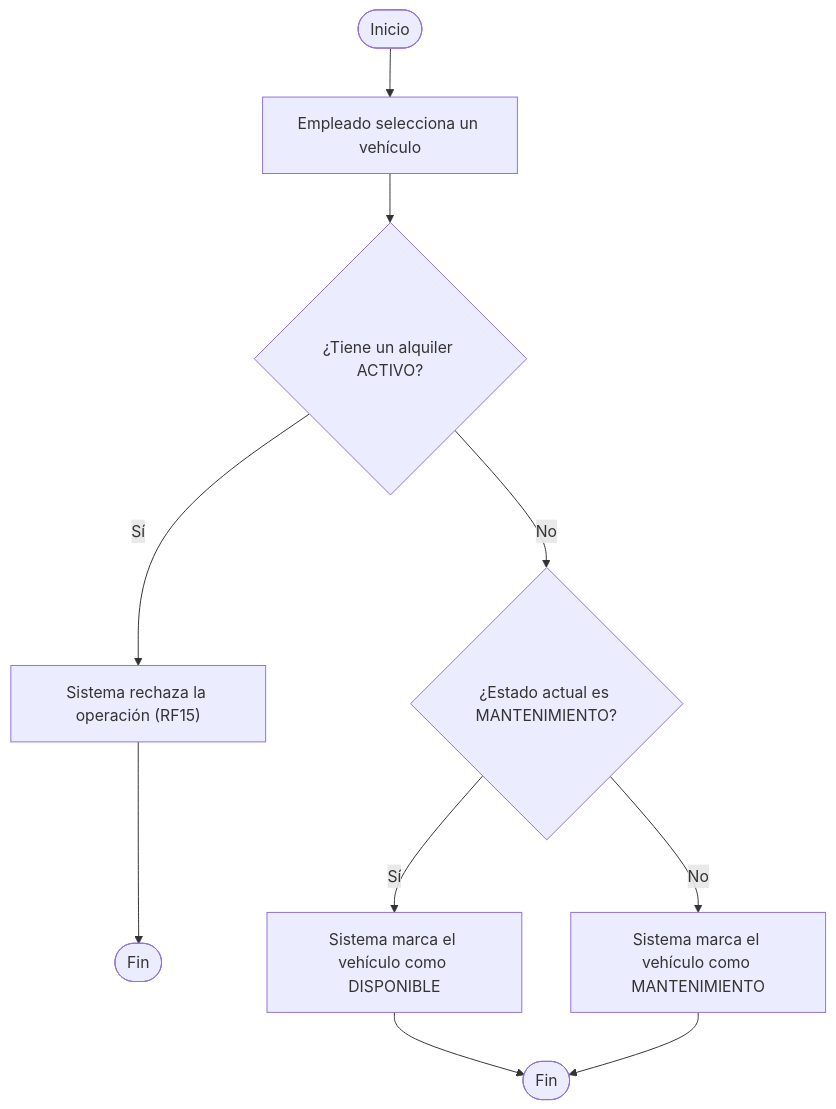
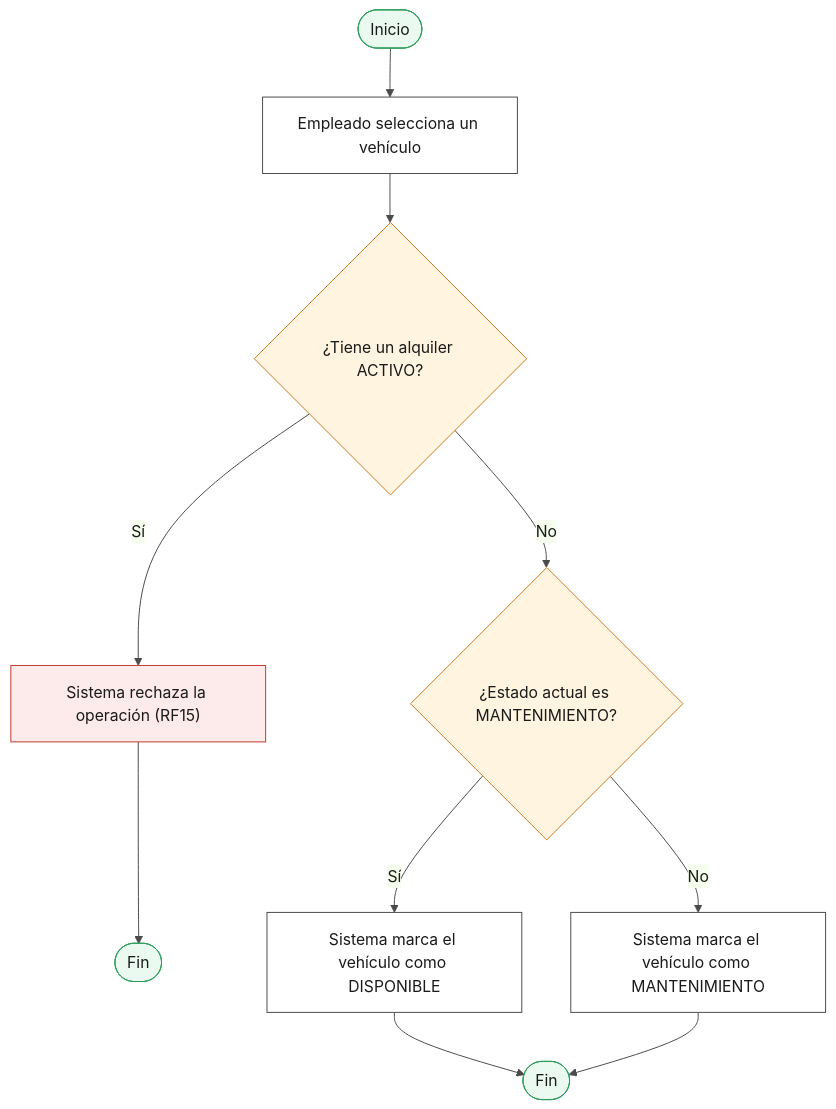
One commit to chaarlyez/Sistema_de_alquiler_de_veh-culos changed the sixth of 6 diagrams in docs/03-uml/01-johann-tafur-vehiculos-clientes.md. Above: the diagram before and after it, drawn with Mermaid. The commit also changed other lines of this file, not shown here.

First line of the commit message:
docs(uml): colorear diagramas y homogeneizar flechas (parte 1 - Johann-Tafur)

````diff
--- a/docs/03-uml/01-johann-tafur-vehiculos-clientes.md
+++ b/docs/03-uml/01-johann-tafur-vehiculos-clientes.md
@@ -197,12 +284,29 @@
 ```mermaid
+%%{init: {'theme': 'base', 'themeVariables': {
+  'background': '#ffffff',
+  'primaryColor': '#eef6ff',
+  'primaryBorderColor': '#2a6fb0',
+  'primaryTextColor': '#1a1a1a',
+  'lineColor': '#4a4a4a',
+  'textColor': '#1a1a1a'
+}}}%%
 flowchart TD
     Start([Inicio]) --> A[Empleado selecciona un vehículo]
     A --> B{"¿Tiene un alquiler ACTIVO?"}
     B -- Sí --> C["Sistema rechaza la operación (RF15)"]
     C --> Fin1([Fin])
     B -- No --> D{"¿Estado actual es MANTENIMIENTO?"}
     D -- Sí --> E["Sistema marca el vehículo como DISPONIBLE"]
     D -- No --> F["Sistema marca el vehículo como MANTENIMIENTO"]
     E --> Fin2([Fin])
     F --> Fin2
+
+    classDef startEnd fill:#eafaf0,stroke:#2f9e5c,color:#1a1a1a
+    classDef decision fill:#fff4e0,stroke:#c97a1e,color:#1a1a1a
+    classDef action fill:#ffffff,stroke:#4a4a4a,color:#1a1a1a
+    classDef reject fill:#fdeaea,stroke:#c0392b,color:#1a1a1a
+    class Start,Fin1,Fin2 startEnd
+    class B,D decision
+    class A,E,F action
+    class C reject
 ```
````
